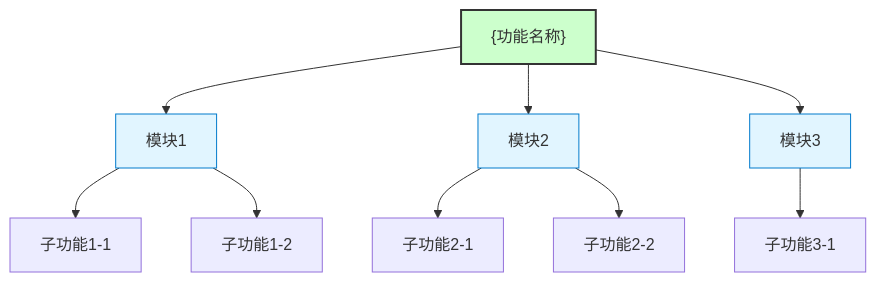
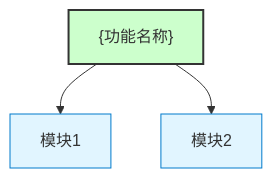
Before and after one commit to effiy/YrY: the first of 4 diagrams in skills/generate-document/templates/需求任务.md, drawn with Mermaid. The commit also changed other lines of this file and 126 other files, not shown here.

````diff
--- a/skills/generate-document/templates/需求任务.md
+++ b/skills/generate-document/templates/需求任务.md
@@ -29,19 +31,9 @@
 ```mermaid
 graph TB
-    %% 节点定义
     Root["{功能名称}"] --> Module1[模块1]
     Root --> Module2[模块2]
-    Root --> Module3[模块3]
 
-    Module1 --> Sub11[子功能1-1]
-    Module1 --> Sub12[子功能1-2]
-    Module2 --> Sub21[子功能2-1]
-    Module2 --> Sub22[子功能2-2]
-    Module3 --> Sub31[子功能3-1]
-
-    %% 样式美化
     style Root fill:#ccffcc,stroke:#333,stroke-width:2px
     style Module1 fill:#e1f5ff,stroke:#007acc
     style Module2 fill:#e1f5ff,stroke:#007acc
-    style Module3 fill:#e1f5ff,stroke:#007acc
 ```
````
